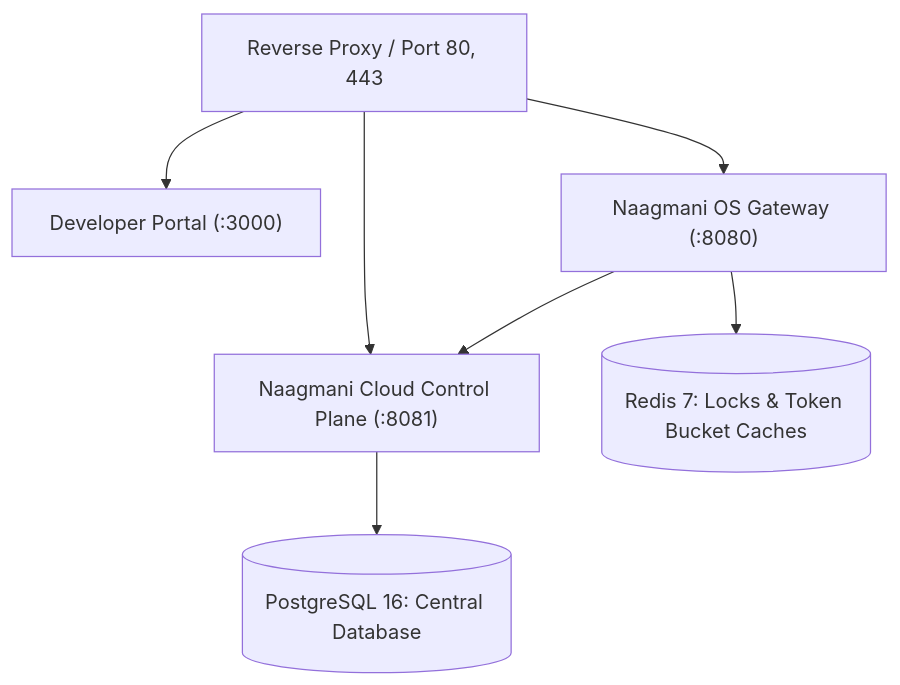
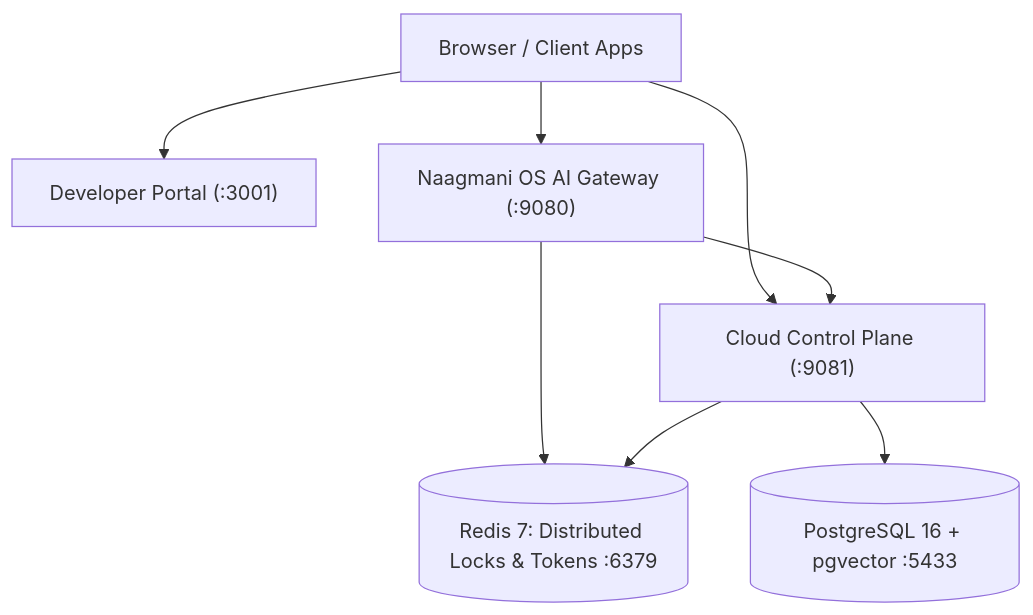
The diagram in docs/deploy/docker-compose.md (bhakha-services/naagmani-docs), drawn with Mermaid before and after one commit. The commit also changed other lines of this file and 5 other files, not shown here.

````diff
--- a/docs/deploy/docker-compose.md
+++ b/docs/deploy/docker-compose.md
@@ -11,10 +11,11 @@
 ```mermaid
 graph TD
-    Traefik["Reverse Proxy / Port 80, 443"] --> Portal["Developer Portal (:3000)"]
-    Traefik --> Gateway["Naagmani OS Gateway (:8080)"]
-    Traefik --> Cloud["Naagmani Cloud Control Plane (:8081)"]
+    Client["Browser / Client Apps"] --> Portal["Developer Portal (:3001)"]
+    Client --> Gateway["Naagmani OS AI Gateway (:9080)"]
+    Client --> Cloud["Cloud Control Plane (:9081)"]
     
-    Gateway --> Redis[(Redis 7: Locks & Token Bucket Caches)]
-    Cloud --> Postgres[(PostgreSQL 16: Central Database)]
+    Gateway --> Redis[(Redis 7: Distributed Locks & Tokens :6379)]
     Gateway --> Cloud
+    Cloud --> Postgres[(PostgreSQL 16 + pgvector :5433)]
+    Cloud --> Redis
 ```
````
